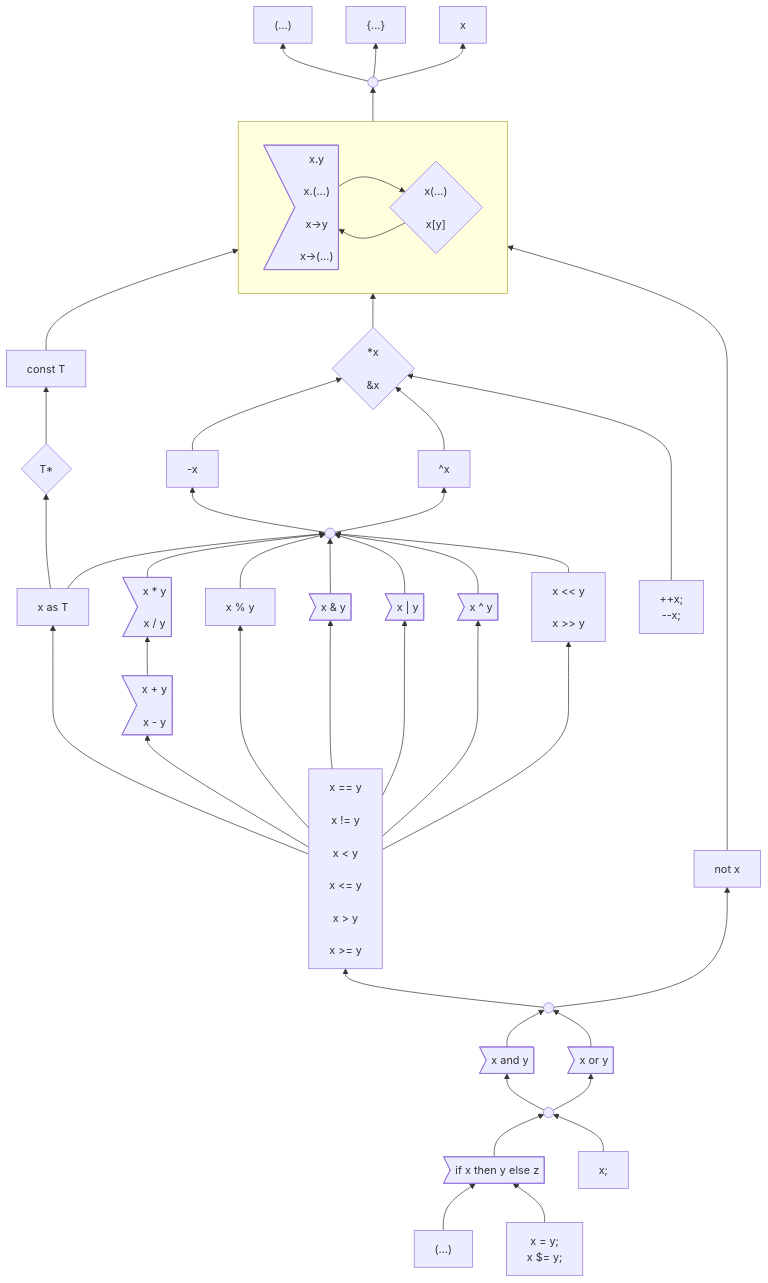
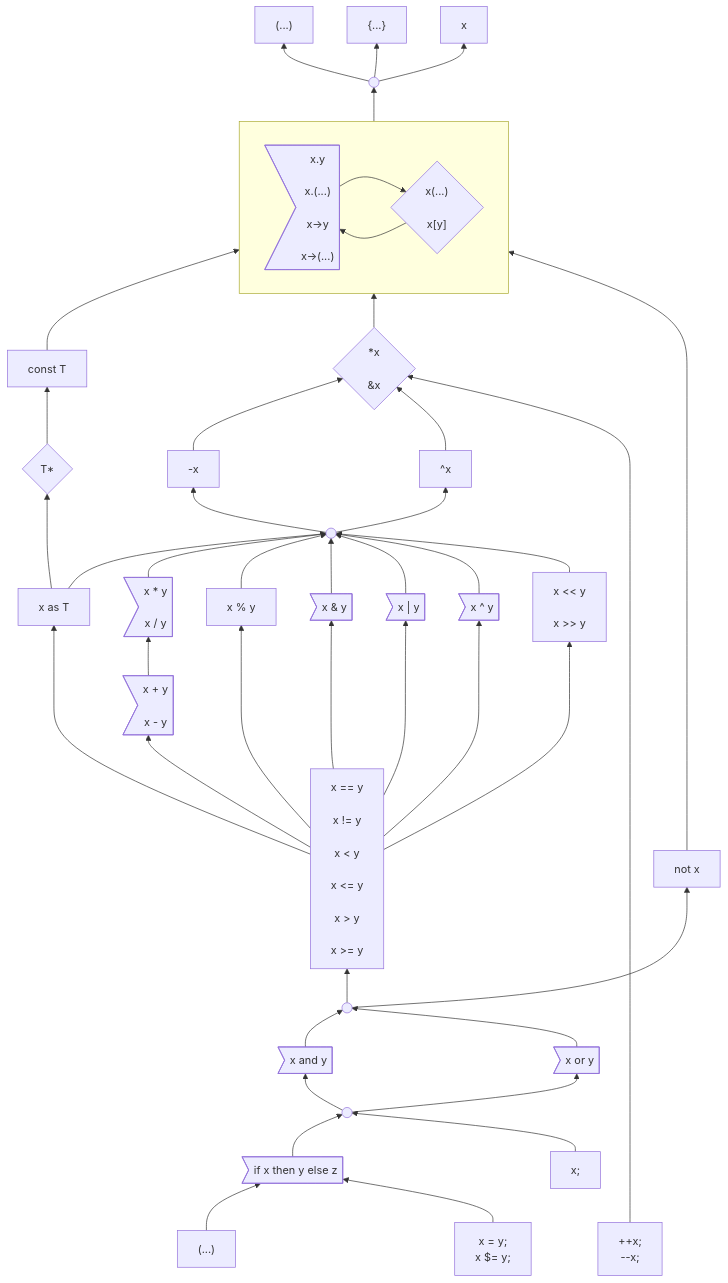
One commit to carbon-language/carbon-lang changed the first of 3 diagrams in docs/design/expressions/README.md. Above: the diagram before and after it, drawn with Mermaid.

Commit message:
Checkpoint progress.

```diff
--- a/docs/design/expressions/README.md
+++ b/docs/design/expressions/README.md
@@ -166,7 +166,7 @@
 
     pointer --> memberCallIndex
     negation & complement --> pointer
-    incDec ----> pointer
+    incDec -----------> pointer
     unary --> negation & complement
     %% Use a longer arrow here to put `not` next to `and` and `or`.
     not -------> memberCallIndex
```
